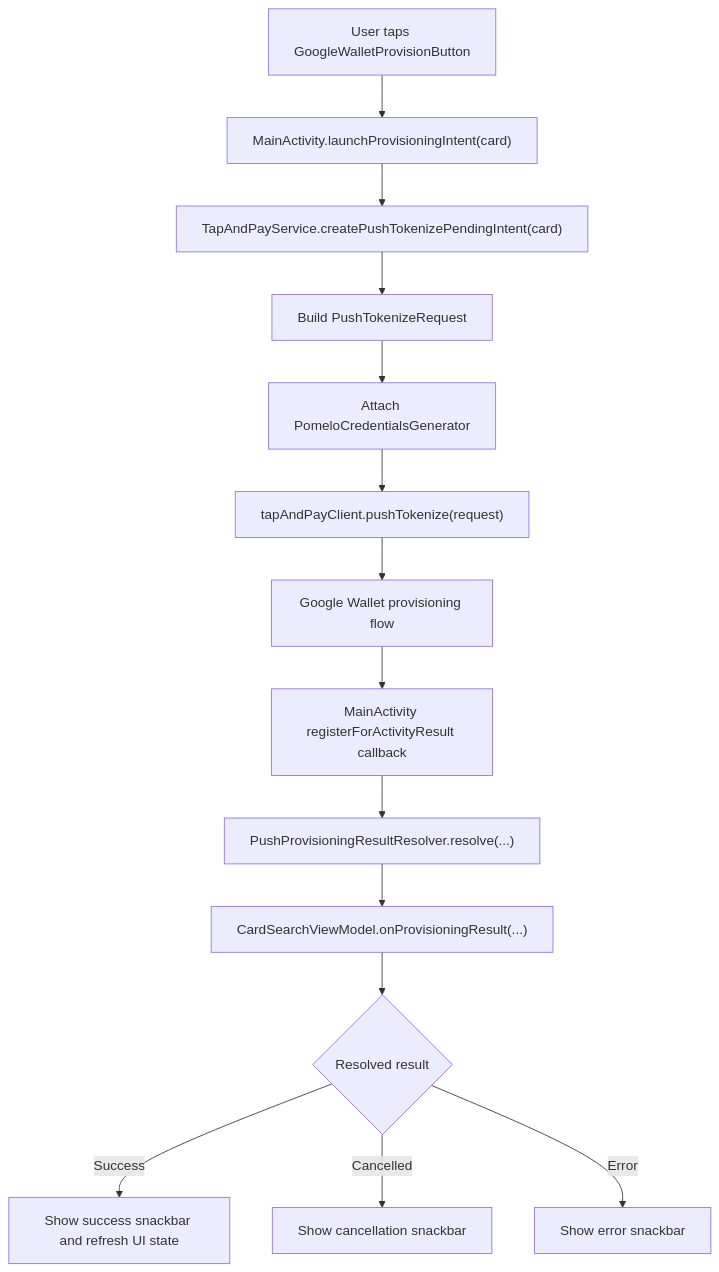
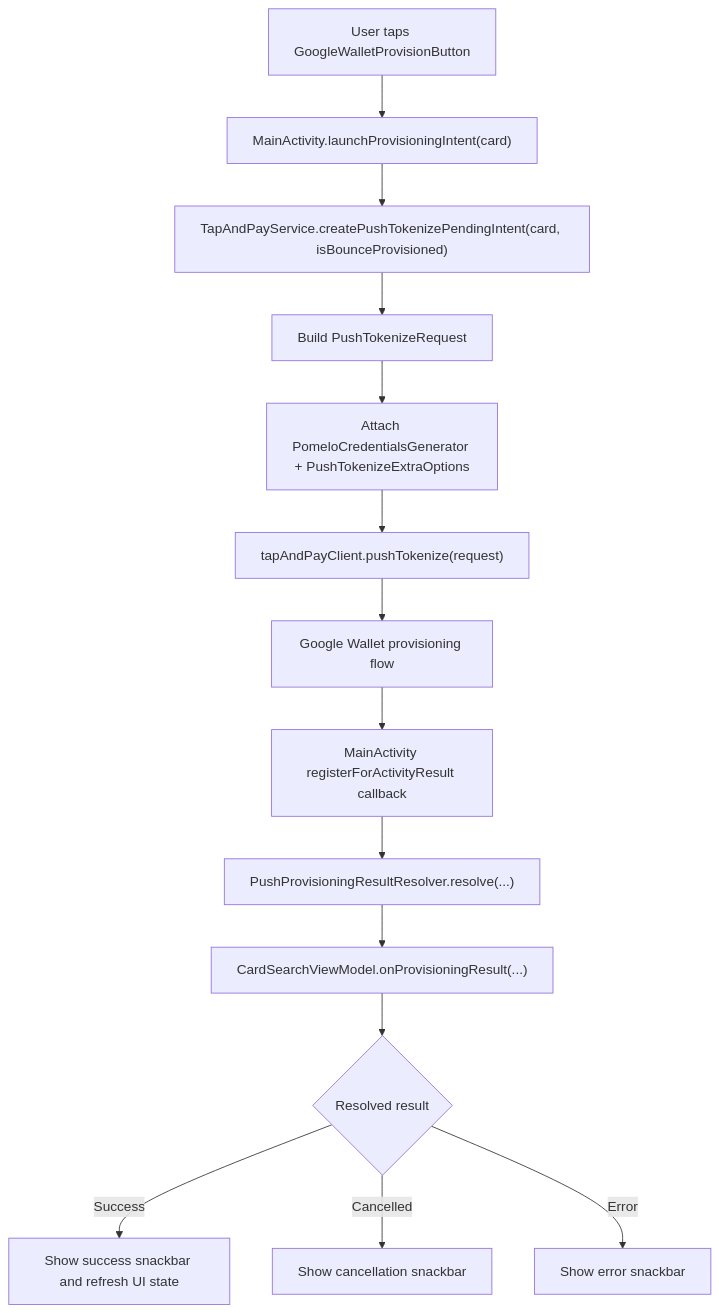
One commit to pomelo-la/example-sdk-android-tokenization changed the first of 3 diagrams in example-android-app-google-upp/app/README.md. Above: the diagram before and after it, drawn with Mermaid. The commit also changed other lines of this file and 6 other files, not shown here.

````diff
--- a/example-android-app-google-upp/app/README.md
+++ b/example-android-app-google-upp/app/README.md
@@ -36,16 +38,16 @@
 ```mermaid
 flowchart TD
     A["User taps GoogleWalletProvisionButton"] --> B["MainActivity.launchProvisioningIntent(card)"]
-    B --> C["TapAndPayService.createPushTokenizePendingIntent(card)"]
+    B --> C["TapAndPayService.createPushTokenizePendingIntent(card, isBounceProvisioned)"]
     C --> D["Build PushTokenizeRequest"]
-    D --> E["Attach PomeloCredentialsGenerator"]
+    D --> E["Attach PomeloCredentialsGenerator + PushTokenizeExtraOptions"]
     E --> F["tapAndPayClient.pushTokenize(request)"]
     F --> G["Google Wallet provisioning flow"]
     G --> H["MainActivity registerForActivityResult callback"]
     H --> I["PushProvisioningResultResolver.resolve(...)"]
     I --> J["CardSearchViewModel.onProvisioningResult(...)"]
     J --> K{"Resolved result"}
     K -->|Success| L["Show success snackbar and refresh UI state"]
     K -->|Cancelled| M["Show cancellation snackbar"]
     K -->|Error| N["Show error snackbar"]
 ```
````
